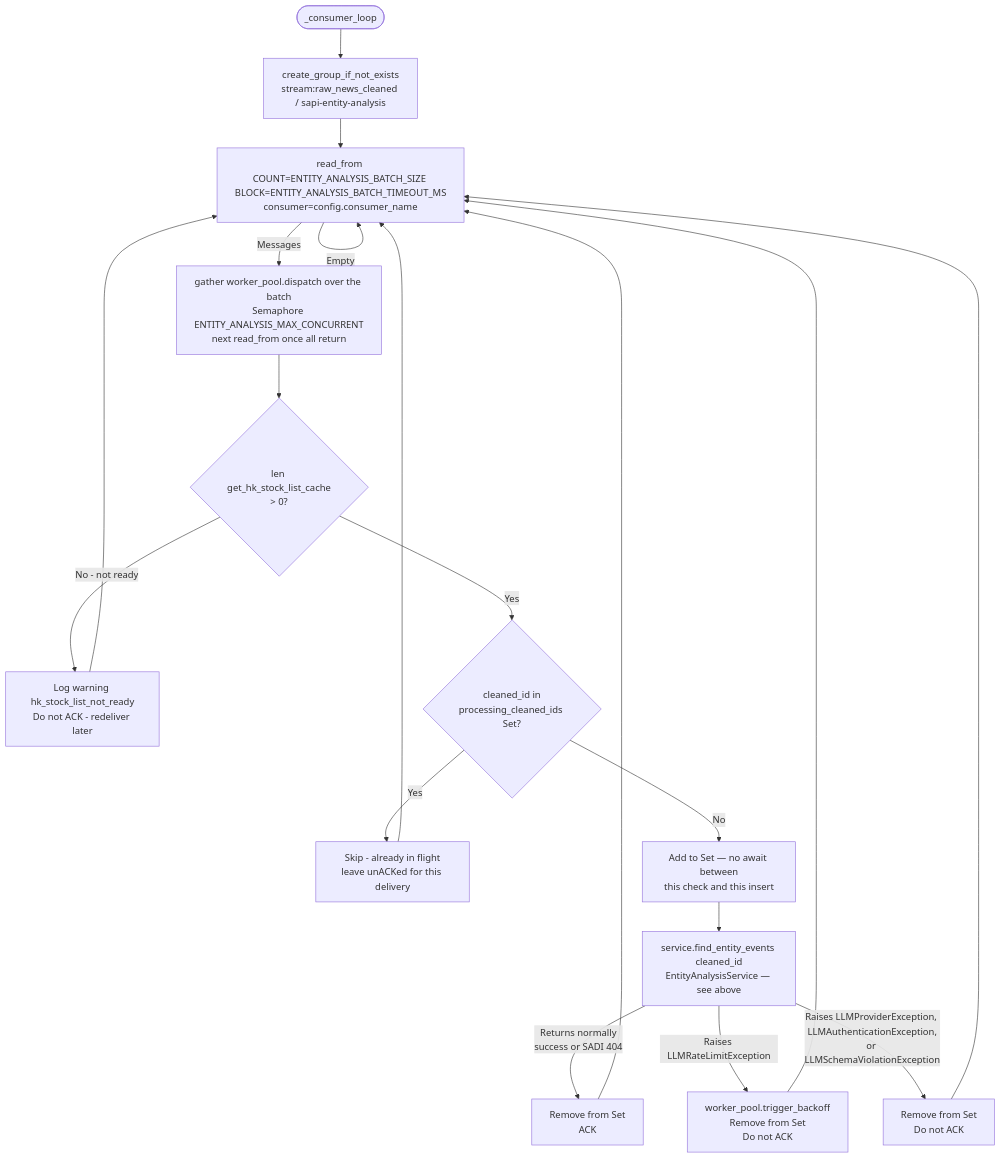
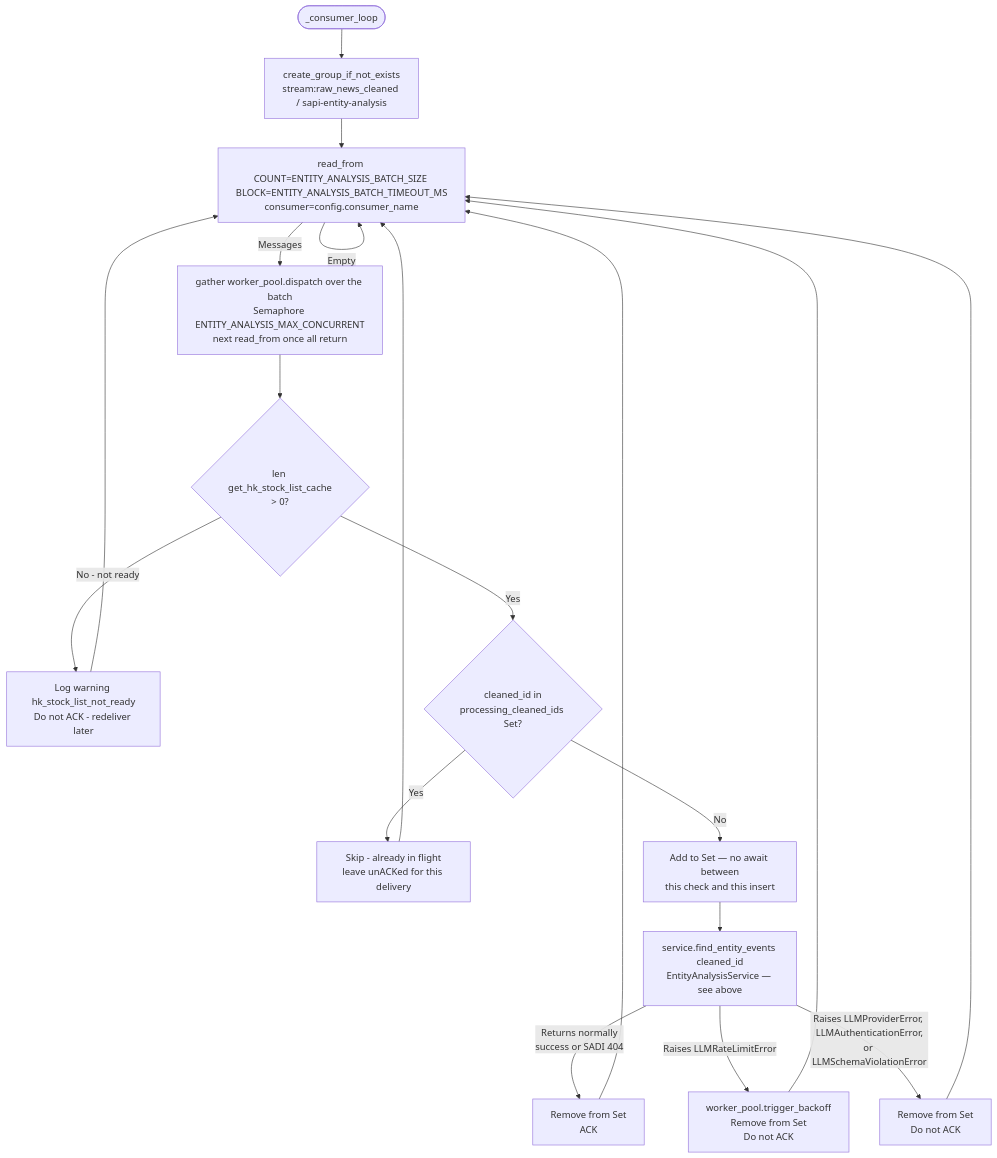
One commit to mars-xiaoyi/wealthfinder changed the first of 4 diagrams in stock-assistant-pipeline-intelligence/docs/implementation.md. Above: the diagram before and after it, drawn with Mermaid. The commit also changed other lines of this file and 39 other files, not shown here.

````diff
--- a/stock-assistant-pipeline-intelligence/docs/implementation.md
+++ b/stock-assistant-pipeline-intelligence/docs/implementation.md
@@ -3262,17 +3305,17 @@
 ```mermaid
 flowchart TD
     A([_consumer_loop]) --> B[create_group_if_not_exists\nstream:raw_news_cleaned / sapi-entity-analysis]
     B --> C[read_from COUNT=ENTITY_ANALYSIS_BATCH_SIZE BLOCK=ENTITY_ANALYSIS_BATCH_TIMEOUT_MS\nconsumer=config.consumer_name]
     C -->|Empty| C
     C -->|Messages| D[gather worker_pool.dispatch over the batch\nSemaphore ENTITY_ANALYSIS_MAX_CONCURRENT\nnext read_from once all return]
     D --> R{len get_hk_stock_list_cache\n> 0?}
     R -->|No - not ready| S[Log warning hk_stock_list_not_ready\nDo not ACK - redeliver later]
     R -->|Yes| E{cleaned_id in\nprocessing_cleaned_ids Set?}
     E -->|Yes| F[Skip - already in flight\nleave unACKed for this delivery]
     E -->|No| G[Add to Set — no await between\nthis check and this insert]
     G --> H[service.find_entity_events cleaned_id\nEntityAnalysisService — see above]
     H -->|Returns normally\nsuccess or SADI 404| Q[Remove from Set\nACK]
-    H -->|Raises LLMRateLimitException| L[worker_pool.trigger_backoff\nRemove from Set\nDo not ACK]
-    H -->|Raises LLMProviderException, LLMAuthenticationException,\nor LLMSchemaViolationException| M[Remove from Set\nDo not ACK]
+    H -->|Raises LLMRateLimitError| L[worker_pool.trigger_backoff\nRemove from Set\nDo not ACK]
+    H -->|Raises LLMProviderError, LLMAuthenticationError,\nor LLMSchemaViolationError| M[Remove from Set\nDo not ACK]
     F & Q & L & M & S --> C
 ```
````
